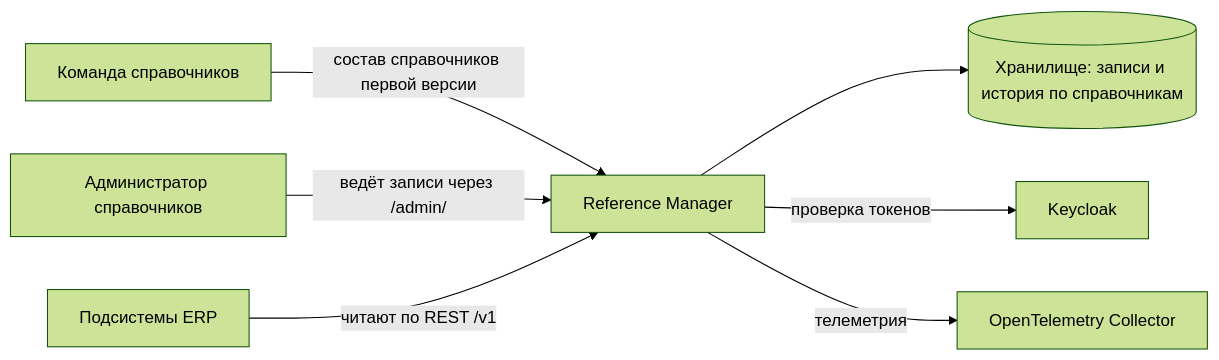
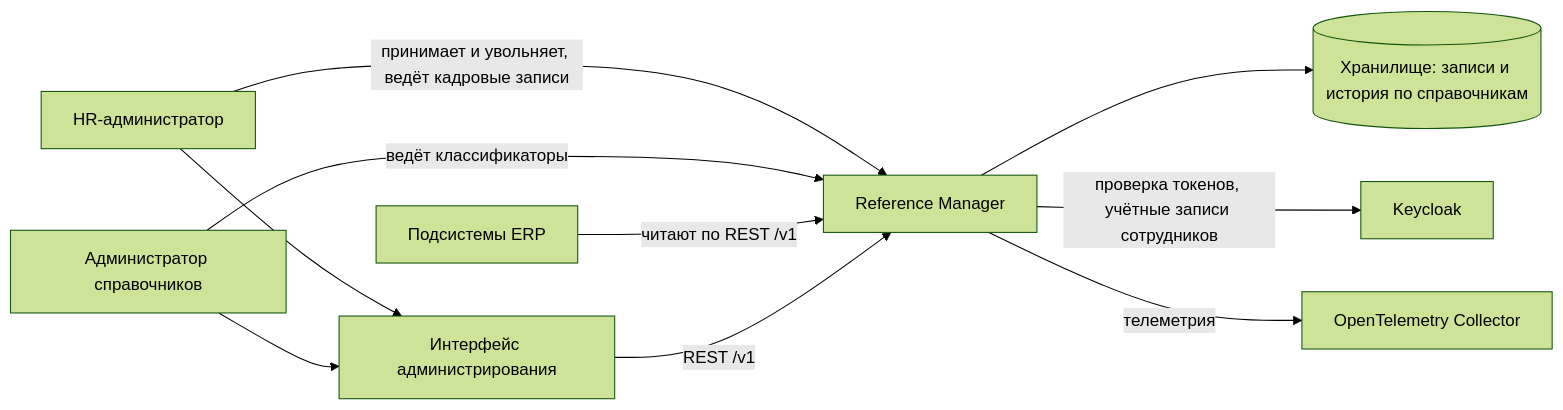
One commit to MEPhI-C22-501/arch-info-system-monorepo changed the first of 4 diagrams in reference-manager/documents/vision.md. Above: the diagram before and after it, drawn with Mermaid (forest theme). The commit also changed other lines of this file and 32 other files, not shown here.

First line of the commit message:
docs(reference-manager): align the document set with the project statement after the 2026-10-01 review

````diff
--- a/reference-manager/documents/vision.md
+++ b/reference-manager/documents/vision.md
@@ -19,9 +32,12 @@
 ```mermaid
 flowchart LR
-    RefTeam[Команда справочников] -->|состав справочников первой версии| RM[Reference Manager]
-    Admin[Администратор справочников] -->|ведёт записи через /admin/| RM
+    HR[HR-администратор] -->|принимает и увольняет, ведёт кадровые записи| RM[Reference Manager]
+    Admin[Администратор справочников] -->|ведёт классификаторы| RM
     Services[Подсистемы ERP] -->|читают по REST /v1| RM
     RM --> DB[(Хранилище: записи и история по справочникам)]
-    RM -->|проверка токенов| KC[Keycloak]
+    RM -->|проверка токенов, учётные записи сотрудников| KC[Keycloak]
     RM -->|телеметрия| OTel[OpenTelemetry Collector]
+    UI[Интерфейс администрирования] -->|REST /v1| RM
+    HR --> UI
+    Admin --> UI
 ```
````
